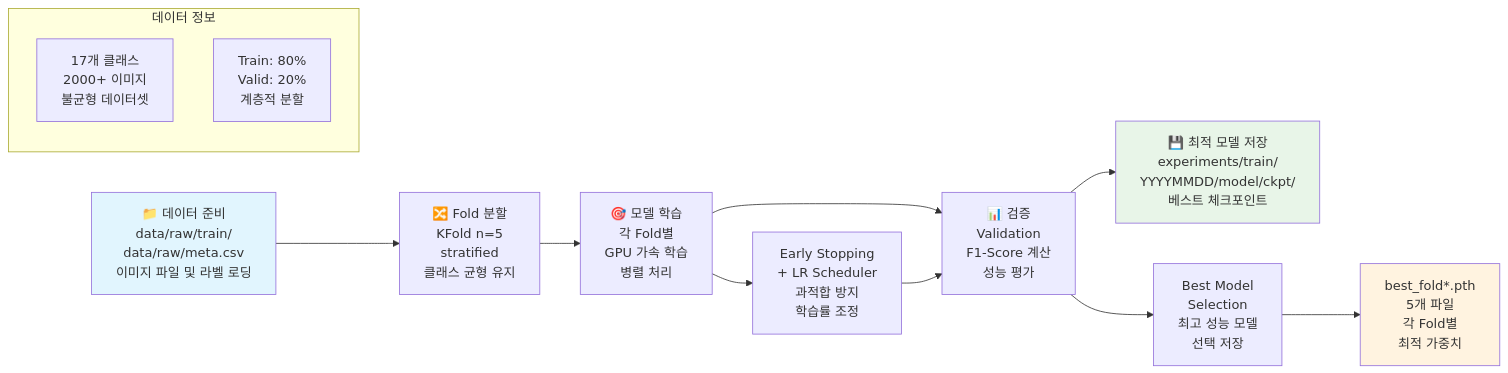
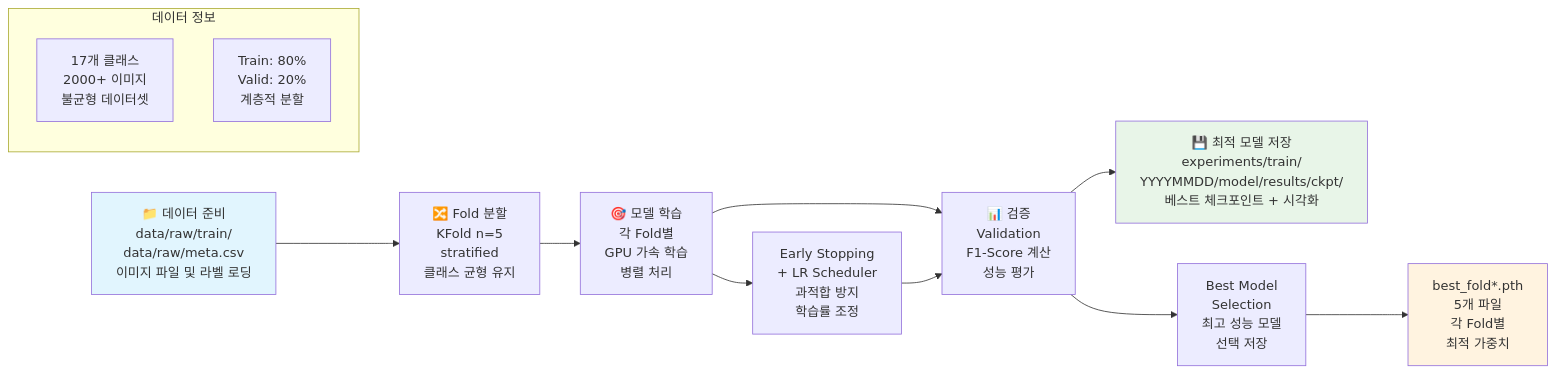
Before and after one commit to nimnusmik/CV_documents_classification_competition: the second of 3 diagrams in docs/학습_파이프라인_가이드.md, drawn with Mermaid. The commit also changed other lines of this file and 2 other files, not shown here.

First line of the commit message:
feat: experiments 디렉토리 구조 변경사항 문서 반영

````diff
--- a/docs/학습_파이프라인_가이드.md
+++ b/docs/학습_파이프라인_가이드.md
@@ -26,21 +26,21 @@
 ```mermaid
 flowchart LR
     A[📁 데이터 준비<br/>data/raw/train/<br/>data/raw/meta.csv<br/>이미지 파일 및 라벨 로딩] --> B[🔀 Fold 분할<br/>KFold n=5<br/>stratified<br/>클래스 균형 유지]
     B --> C[🎯 모델 학습<br/>각 Fold별<br/>GPU 가속 학습<br/>병렬 처리]
     C --> D[📊 검증<br/>Validation<br/>F1-Score 계산<br/>성능 평가]
-    D --> E[💾 최적 모델 저장<br/>experiments/train/<br/>YYYYMMDD/model/ckpt/<br/>베스트 체크포인트]
+    D --> E[💾 최적 모델 저장<br/>experiments/train/<br/>YYYYMMDD/model/results/ckpt/<br/>베스트 체크포인트 + 시각화]
     
     C --> F[Early Stopping<br/>+ LR Scheduler<br/>과적합 방지<br/>학습률 조정]
     F --> D
     D --> G[Best Model<br/>Selection<br/>최고 성능 모델<br/>선택 저장]
     G --> H[best_fold*.pth<br/>5개 파일<br/>각 Fold별<br/>최적 가중치]
     
     subgraph "데이터 정보"
         I[17개 클래스<br/>2000+ 이미지<br/>불균형 데이터셋]
         J[Train: 80%<br/>Valid: 20%<br/>계층적 분할]
     end
     
     style A fill:#e1f5fe
     style E fill:#e8f5e8
     style H fill:#fff3e0
 ```
````
